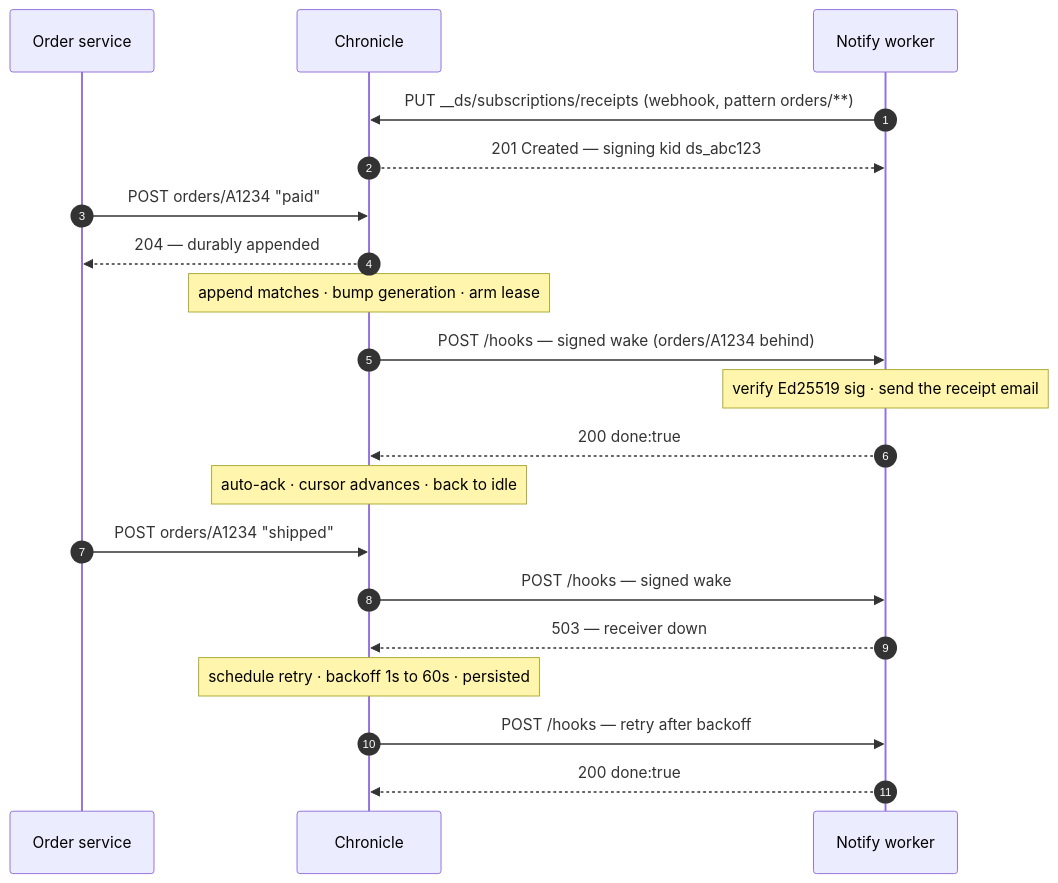
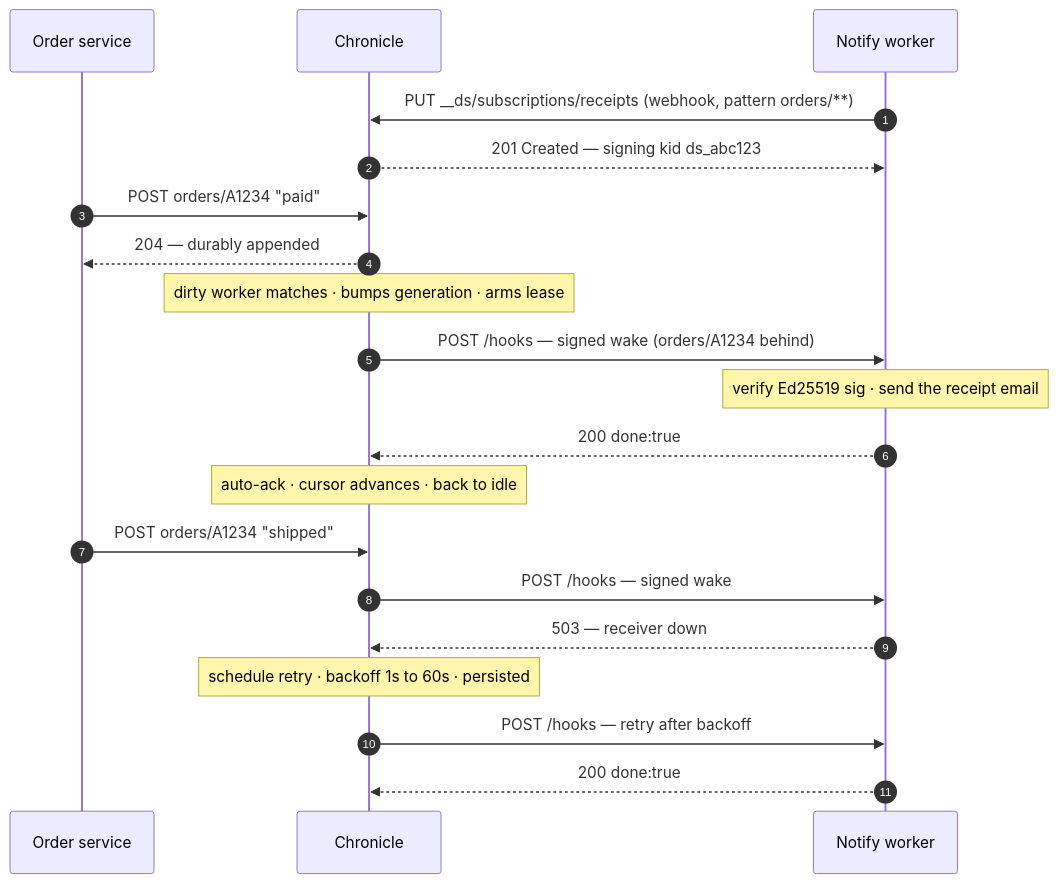
The diagram in docs-site/diagrams/seq-uc-webhook.mmd (adityavkk/chronicle), drawn with Mermaid before and after one commit. The commit also changed 30 other files, not shown here.

```diff
--- a/docs-site/diagrams/seq-uc-webhook.mmd
+++ b/docs-site/diagrams/seq-uc-webhook.mmd
@@ -1,20 +1,20 @@
 sequenceDiagram
     autonumber
     participant O as Order service
     participant S as Chronicle
     participant W as Notify worker
     W->>S: PUT __ds/subscriptions/receipts (webhook, pattern orders/**)
     S-->>W: 201 Created — signing kid ds_abc123
     O->>S: POST orders/A1234 "paid"
     S-->>O: 204 — durably appended
-    Note over S: append matches · bump generation · arm lease
+    Note over S: dirty worker matches · bumps generation · arms lease
     S->>W: POST /hooks — signed wake (orders/A1234 behind)
     Note over W: verify Ed25519 sig · send the receipt email
     W-->>S: 200 done:true
     Note over S: auto-ack · cursor advances · back to idle
     O->>S: POST orders/A1234 "shipped"
     S->>W: POST /hooks — signed wake
     W-->>S: 503 — receiver down
     Note over S: schedule retry · backoff 1s to 60s · persisted
     S->>W: POST /hooks — retry after backoff
     W-->>S: 200 done:true
```
